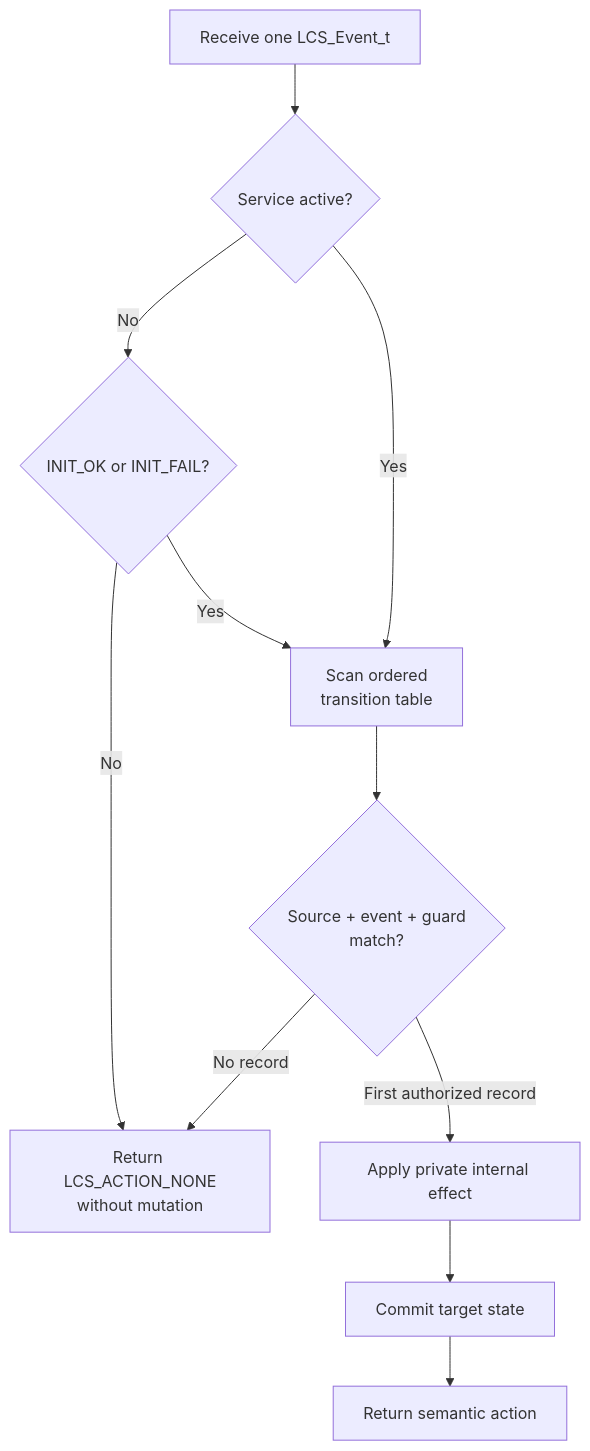
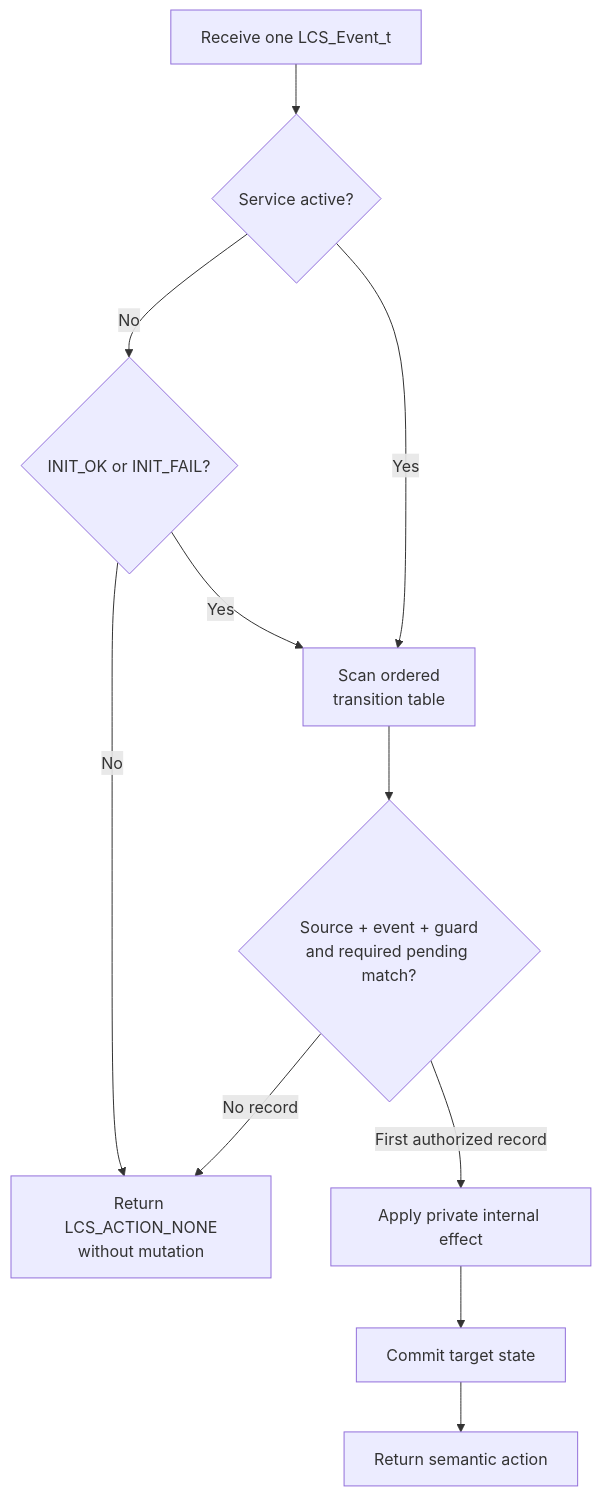
The third of 5 diagrams in Libs/Services/Lock_Control/README.md (JP-REY/STM32F103C8T6-Based-Electronic-Lock), drawn with Mermaid before and after one commit. The commit also changed other lines of this file and 6 other files, not shown here.

First line of the commit message:
feature(lock-control): add credential register state and authorization flow

````diff
--- a/Libs/Services/Lock_Control/README.md
+++ b/Libs/Services/Lock_Control/README.md
@@ -579,13 +660,13 @@
 ```mermaid
 flowchart TD
     EVENT["Receive one LCS_Event_t"] --> ACTIVE{"Service active?"}
     ACTIVE -->|"No"| INIT{"INIT_OK or INIT_FAIL?"}
     INIT -->|"No"| NONE["Return LCS_ACTION_NONE<br/>without mutation"]
     INIT -->|"Yes"| FIND["Scan ordered <br/>transition table"]
     ACTIVE -->|"Yes"| FIND
-    FIND --> MATCH{"Source + event + guard <br/>match?"}
+    FIND --> MATCH{"Source + event + guard<br/>and required pending match?"}
     MATCH -->|"No record"| NONE
     MATCH -->|"First authorized record"| EFFECT["Apply private internal effect"]
     EFFECT --> COMMIT["Commit target state"]
     COMMIT --> ACTION["Return semantic action"]
 ```
````
